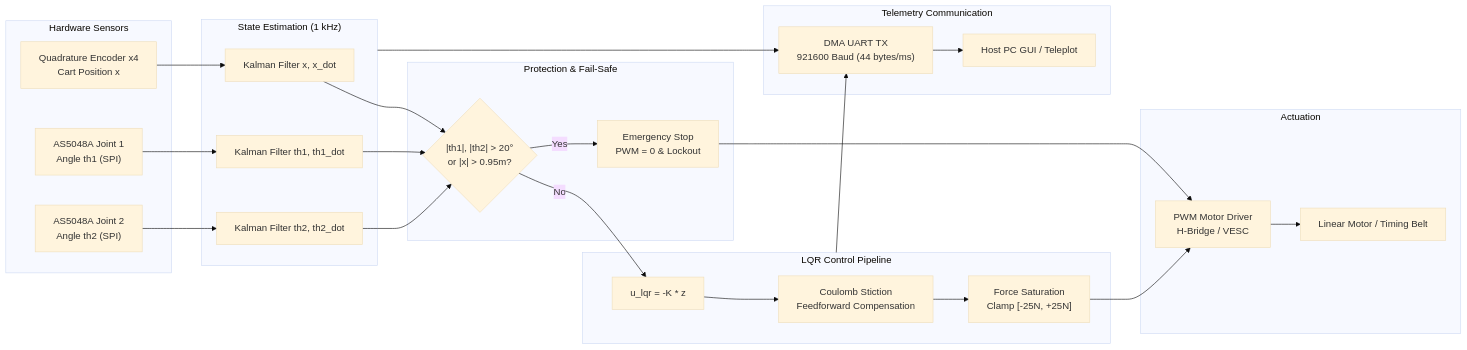
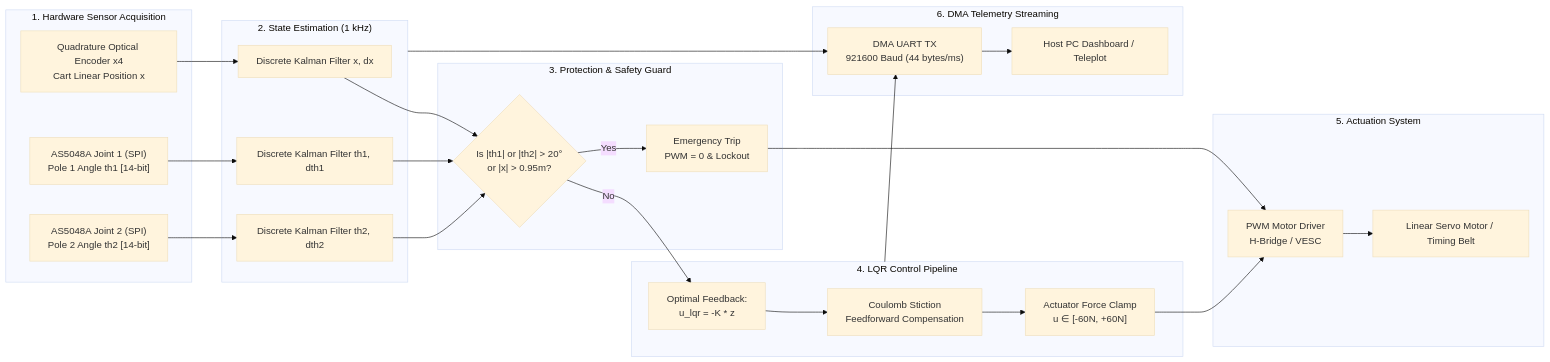
The diagram in docs/control_architecture.md (Harrynguyen190807/double-inverted-pendulum-control), drawn with Mermaid (base theme) before and after one commit. The commit also changed other lines of this file and 2 other files, not shown here.

````diff
--- a/docs/control_architecture.md
+++ b/docs/control_architecture.md
@@ -5,49 +9,49 @@
 ```mermaid
 flowchart LR
-    subgraph SENSORS["Hardware Sensors"]
-        ENC["Quadrature Encoder x4<br/>Cart Position x"]
-        AS1["AS5048A Joint 1<br/>Angle th1 (SPI)"]
-        AS2["AS5048A Joint 2<br/>Angle th2 (SPI)"]
+    subgraph SENSORS["1. Hardware Sensor Acquisition"]
+        ENC["Quadrature Optical Encoder x4<br/>Cart Linear Position x"]
+        AS1["AS5048A Joint 1 (SPI)<br/>Pole 1 Angle th1 [14-bit]"]
+        AS2["AS5048A Joint 2 (SPI)<br/>Pole 2 Angle th2 [14-bit]"]
     end
 
-    subgraph ESTIMATION["State Estimation (1 kHz)"]
-        KF_X["Kalman Filter x, x_dot"]
-        KF_TH1["Kalman Filter th1, th1_dot"]
-        KF_TH2["Kalman Filter th2, th2_dot"]
+    subgraph ESTIMATION["2. State Estimation (1 kHz)"]
+        KF_X["Discrete Kalman Filter x, dx"]
+        KF_TH1["Discrete Kalman Filter th1, dth1"]
+        KF_TH2["Discrete Kalman Filter th2, dth2"]
     end
 
-    subgraph SAFETY["Protection & Fail-Safe"]
-        CHECK{"|th1|, |th2| > 20°<br/>or |x| > 0.95m?"}
-        TRIP["Emergency Stop<br/>PWM = 0 & Lockout"]
+    subgraph SAFETY["3. Protection & Safety Guard"]
+        CHECK{"Is |th1| or |th2| > 20°<br/>or |x| > 0.95m?"}
+        TRIP["Emergency Trip<br/>PWM = 0 & Lockout"]
     end
 
-    subgraph LQR_CORE["LQR Control Pipeline"]
-        LQR_CALC["u_lqr = -K * z"]
+    subgraph LQR_CORE["4. LQR Control Pipeline"]
+        LQR_CALC["Optimal Feedback:<br/>u_lqr = -K * z"]
         STICT["Coulomb Stiction<br/>Feedforward Compensation"]
-        CLAMP["Force Saturation<br/>Clamp [-25N, +25N]"]
+        CLAMP["Actuator Force Clamp<br/>u ∈ [-60N, +60N]"]
     end
 
-    subgraph ACTUATOR["Actuation"]
+    subgraph ACTUATOR["5. Actuation System"]
         PWM_OUT["PWM Motor Driver<br/>H-Bridge / VESC"]
-        MOTOR["Linear Motor / Timing Belt"]
+        MOTOR["Linear Servo Motor / Timing Belt"]
     end
 
-    subgraph TELEMETRY["Telemetry Communication"]
+    subgraph TELEMETRY["6. DMA Telemetry Streaming"]
         UART_DMA["DMA UART TX<br/>921600 Baud (44 bytes/ms)"]
-        PC_PLOT["Host PC GUI / Teleplot"]
+        PC_PLOT["Host PC Dashboard / Teleplot"]
     end
 
     ENC --> KF_X
     AS1 --> KF_TH1
     AS2 --> KF_TH2
 
     KF_X --> CHECK
     KF_TH1 --> CHECK
     KF_TH2 --> CHECK
 
     CHECK -- Yes --> TRIP --> PWM_OUT
     CHECK -- No --> LQR_CALC --> STICT --> CLAMP --> PWM_OUT --> MOTOR
 
     LQR_CORE --> UART_DMA --> PC_PLOT
     ESTIMATION --> UART_DMA
 ```
````
